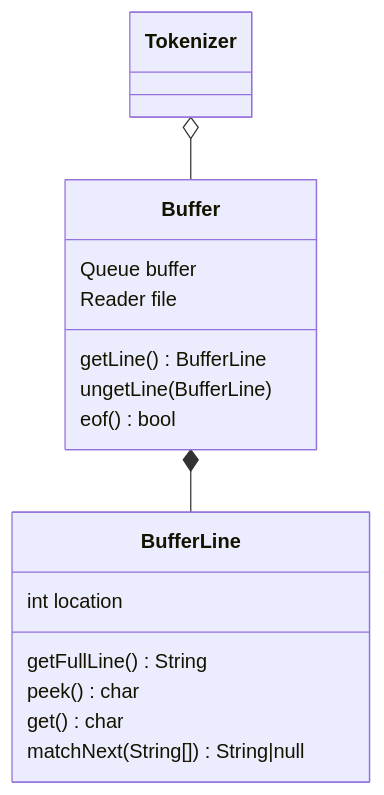
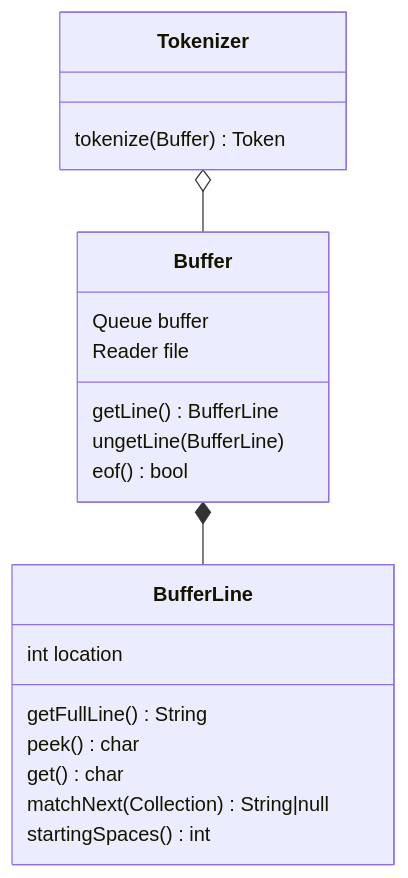
The first of 8 diagrams in Implementation.md (Jzhyang1/Monomer), drawn with Mermaid before and after one commit. The commit also changed other lines of this file, not shown here.

````diff
--- a/Implementation.md
+++ b/Implementation.md
@@ -58,17 +58,20 @@
 ```mermaid
 classDiagram
 Tokenizer o-- Buffer
 Buffer *-- BufferLine
+
+Tokenizer: tokenize(Buffer) Token
 
 Buffer: Queue buffer
 Buffer: Reader file
 Buffer: getLine() BufferLine
 Buffer: ungetLine(BufferLine)
 Buffer: eof() bool
 
 BufferLine: int location
 BufferLine: getFullLine() String
 BufferLine: peek() char
 BufferLine: get() char
-BufferLine: matchNext(String[]) String|null
+BufferLine: matchNext(Collection<String>) String|null
+BufferLine: startingSpaces() int
 ```
````
